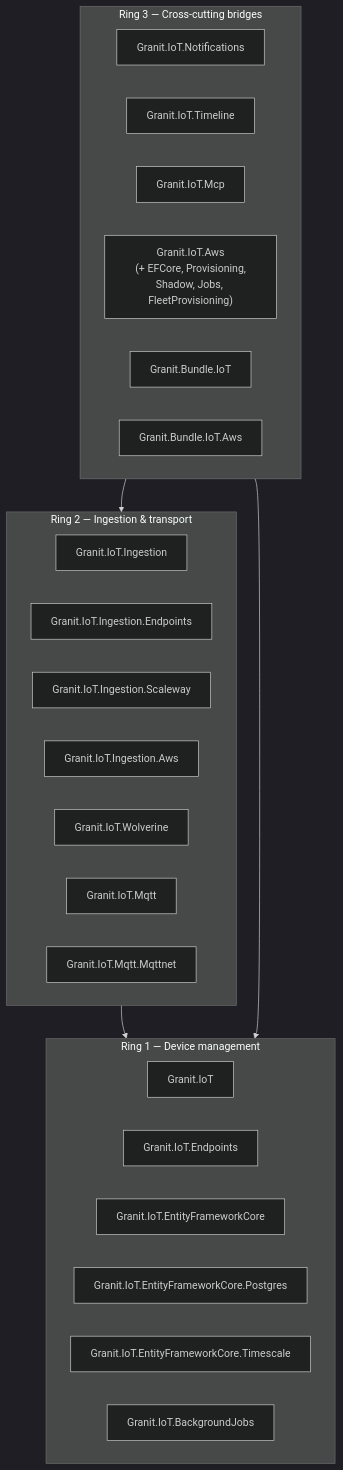
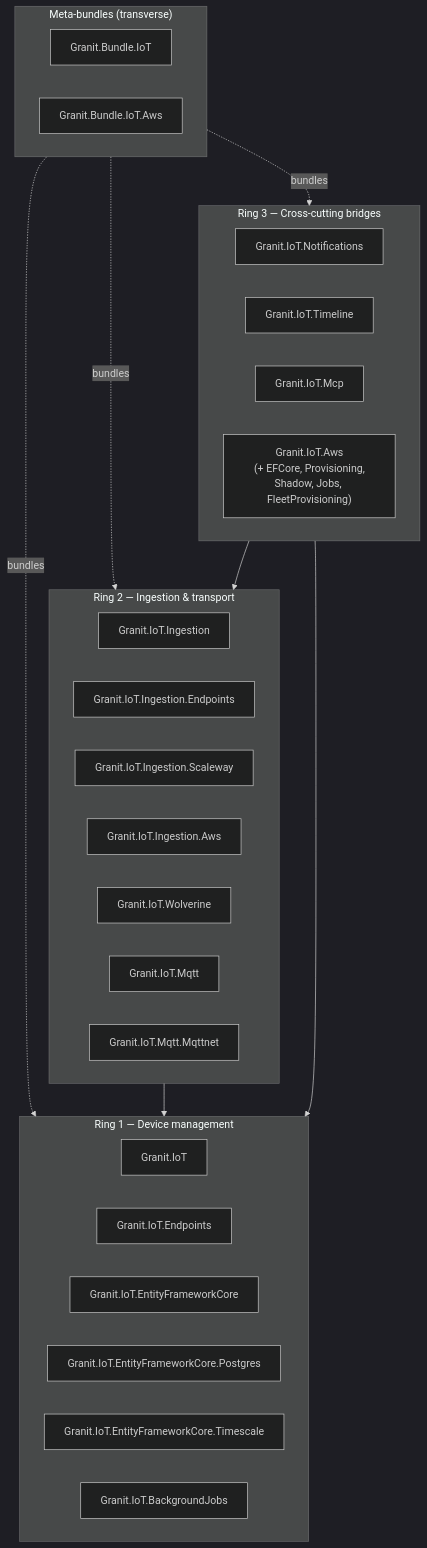
Before and after one commit to granit-fx/granit-docs: the diagram in src/content/docs/dotnet/iot/index.mdx, drawn with Mermaid (dark theme). The commit also changed other lines of this file and 11 other files, not shown here.

````diff
--- a/src/content/docs/dotnet/iot/index.mdx
+++ b/src/content/docs/dotnet/iot/index.mdx
@@ -57,31 +57,36 @@
 ```mermaid
 flowchart TB
+  subgraph META["Meta-bundles (transverse)"]
+    B["Granit.Bundle.IoT"]
+    BAWS["Granit.Bundle.IoT.Aws"]
+  end
   subgraph R3["Ring 3 — Cross-cutting bridges"]
     N["Granit.IoT.Notifications"]
     T["Granit.IoT.Timeline"]
     MCP["Granit.IoT.Mcp"]
     AWS["Granit.IoT.Aws<br/>(+ EFCore, Provisioning,<br/>Shadow, Jobs, FleetProvisioning)"]
-    B["Granit.Bundle.IoT"]
-    BAWS["Granit.Bundle.IoT.Aws"]
   end
   subgraph R2["Ring 2 — Ingestion &amp; transport"]
     I["Granit.IoT.Ingestion"]
     IE["Granit.IoT.Ingestion.Endpoints"]
     IS["Granit.IoT.Ingestion.Scaleway"]
     IA["Granit.IoT.Ingestion.Aws"]
     W["Granit.IoT.Wolverine"]
     M["Granit.IoT.Mqtt"]
     MM["Granit.IoT.Mqtt.Mqttnet"]
   end
   subgraph R1["Ring 1 — Device management"]
     IOT["Granit.IoT"]
     EP["Granit.IoT.Endpoints"]
     EF["Granit.IoT.EntityFrameworkCore"]
     EFP["Granit.IoT.EntityFrameworkCore.Postgres"]
     EFT["Granit.IoT.EntityFrameworkCore.Timescale"]
     BJ["Granit.IoT.BackgroundJobs"]
   end
   R2 --> R1
   R3 --> R2
   R3 --> R1
+  META -. "bundles" .-> R1
+  META -. "bundles" .-> R2
+  META -. "bundles" .-> R3
 ```
````
